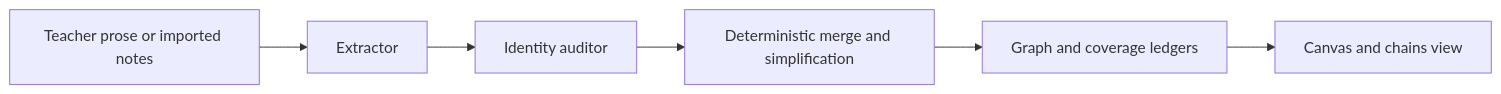
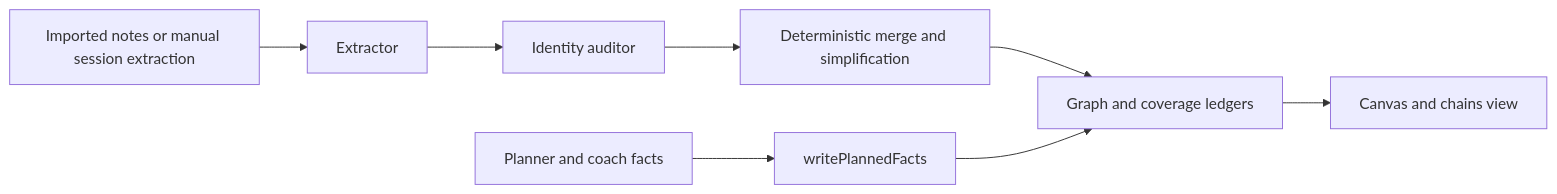
The second of 2 diagrams in docs/architecture.md (ALPHAbilal/learnharness), drawn with Mermaid before and after one commit. The commit also changed other lines of this file and 153 other files, not shown here.

First line of the commit message:
feat(teaching): planner, evidence-based plan, reflective prober

````diff
--- a/docs/architecture.md
+++ b/docs/architecture.md
@@ -124,8 +170,10 @@
 ```mermaid
 flowchart LR
-    SOURCE[Teacher prose or imported notes] --> EXTRACT[Extractor]
+    SOURCE[Imported notes or manual session extraction] --> EXTRACT[Extractor]
     EXTRACT --> AUDIT[Identity auditor]
     AUDIT --> MERGE[Deterministic merge and simplification]
     MERGE --> LEDGERS[Graph and coverage ledgers]
+    PLAN[Planner and coach facts] --> WRITE[writePlannedFacts]
+    WRITE --> LEDGERS
     LEDGERS --> VIEW[Canvas and chains view]
 ```
````
